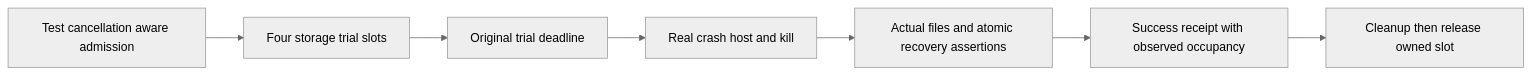
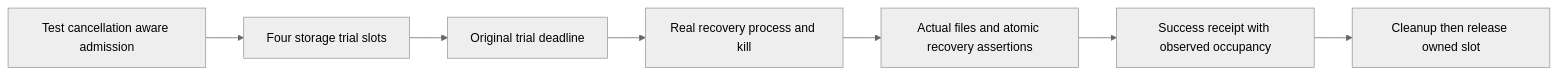
The third of 7 diagrams in docs/Features/StorageRecovery.md (managedcode/KeyLoad), drawn with Mermaid (neutral theme) before and after one commit. The commit also changed other lines of this file and 685 other files, not shown here.

First line of the commit message:
Rename recovery process host and align current native contracts

````diff
--- a/docs/Features/StorageRecovery.md
+++ b/docs/Features/StorageRecovery.md
@@ -84,9 +84,9 @@
 ```mermaid
 flowchart LR
     Queue[Test cancellation aware admission] --> Pool[Four storage trial slots]
     Pool --> Deadline[Original trial deadline]
-    Deadline --> Child[Real crash host and kill]
+    Deadline --> Child[Real recovery process and kill]
     Child --> Reopen[Actual files and atomic recovery assertions]
     Reopen --> Receipt[Success receipt with observed occupancy]
     Receipt --> Cleanup[Cleanup then release owned slot]
 ```
````
